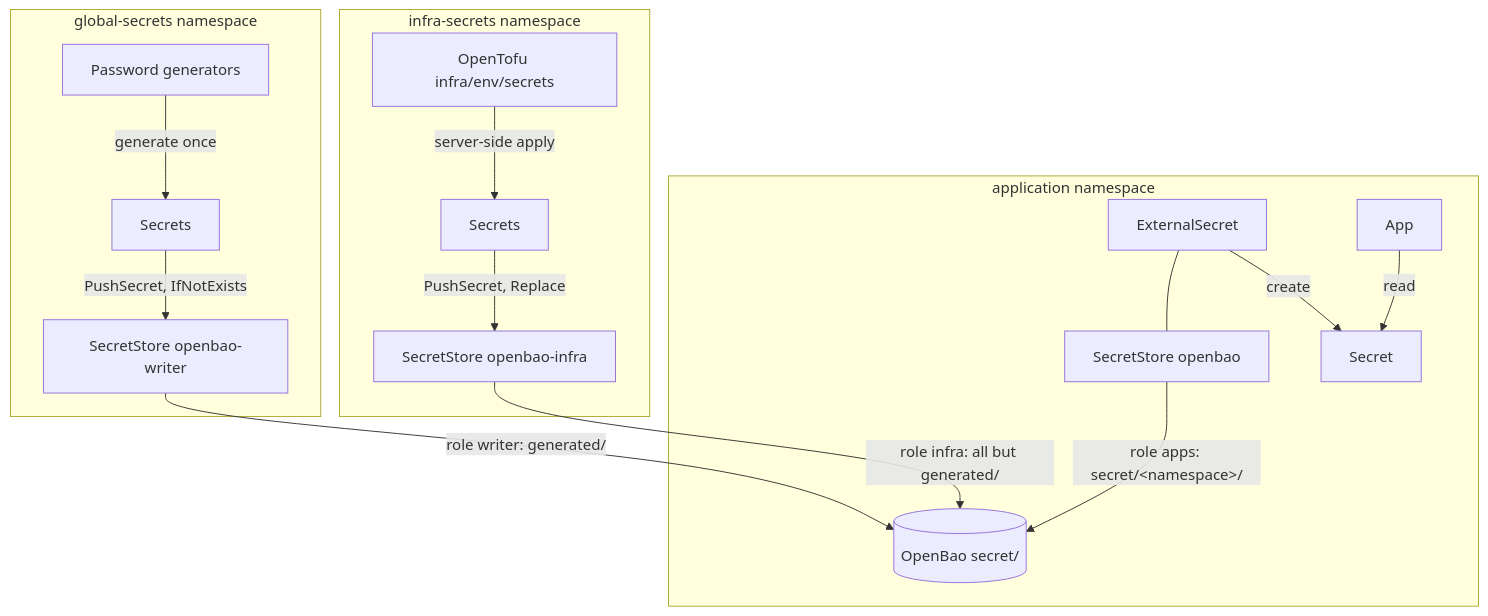
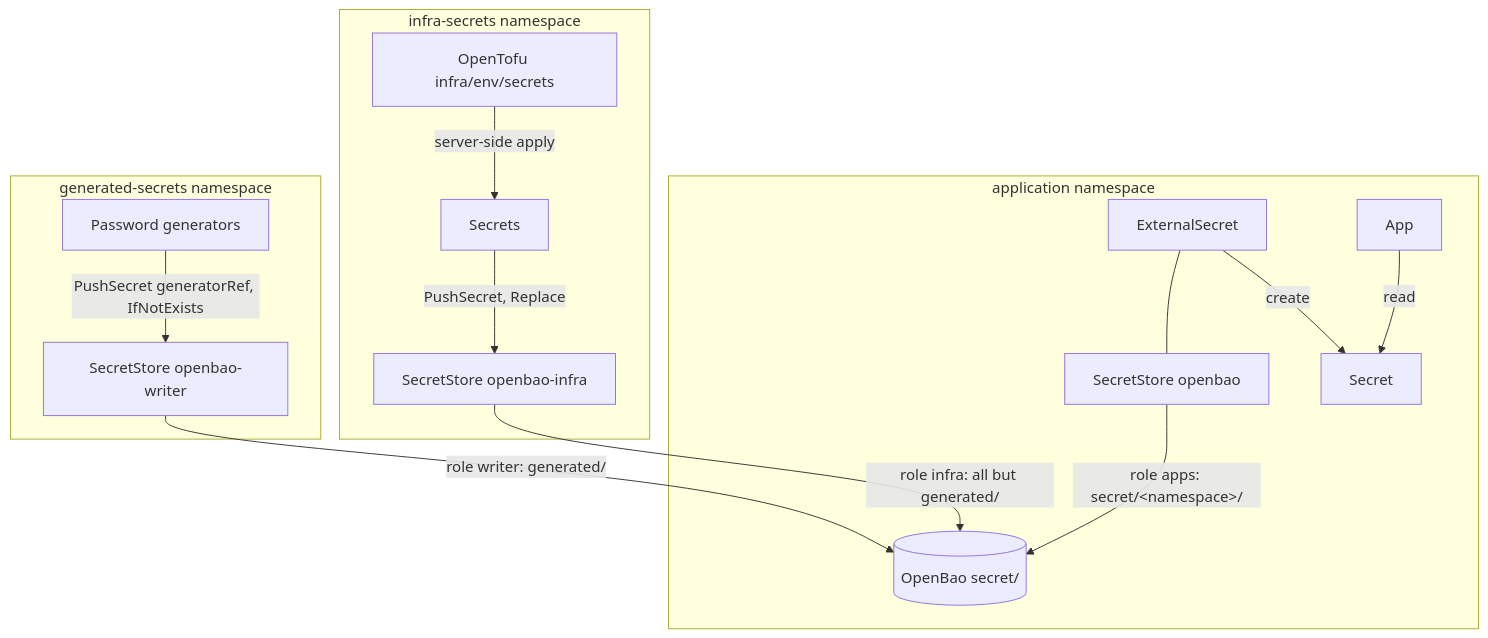
Before and after one commit to duongle-steven/homelab: the diagram in docs/concepts/secrets-management.md, drawn with Mermaid. The commit also changed other lines of this file and 4 other files, not shown here.

First line of the commit message:
docs: generated secrets live only in OpenBao (8e)

````diff
--- a/docs/concepts/secrets-management.md
+++ b/docs/concepts/secrets-management.md
@@ -17,19 +17,18 @@
 ```mermaid
 flowchart TD
-  subgraph global-secrets[global-secrets namespace]
-    generators[Password generators] -- generate once --> source[Secrets]
-    source -- PushSecret, IfNotExists --> writer[SecretStore openbao-writer]
+  subgraph generated-secrets[generated-secrets namespace]
+    generators[Password generators] -- PushSecret generatorRef, IfNotExists --> writer[SecretStore openbao-writer]
   end
   writer -- role writer: generated/ --> openbao[(OpenBao secret/)]
   subgraph infra-secrets[infra-secrets namespace]
     tofu[OpenTofu infra/env/secrets] -- server-side apply --> tofusecrets[Secrets]
     tofusecrets -- PushSecret, Replace --> infra[SecretStore openbao-infra]
   end
   infra -- role infra: all but generated/ --> openbao
   subgraph app[application namespace]
     store[SecretStore openbao] -- role apps: secret/&lt;namespace&gt;/ --> openbao
     ExternalSecret --- store
     ExternalSecret -- create --> Secret
     App -- read --> Secret
   end
 ```
````
